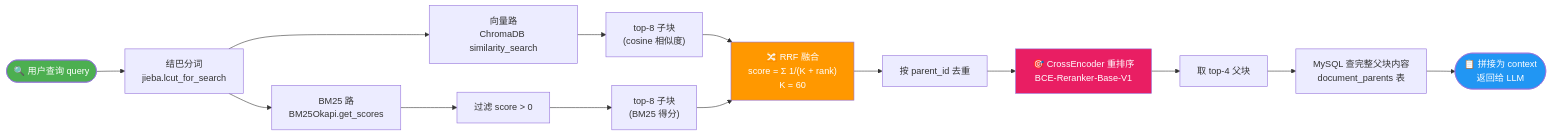
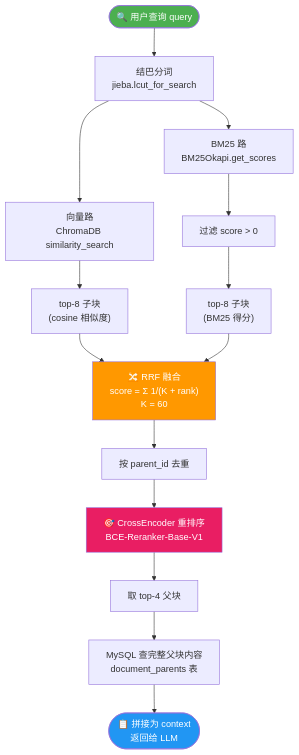
One commit to 2059217759-arch/rag_langchain_project changed the third of 3 diagrams in README.md. Above: the diagram before and after it, drawn with Mermaid.

Commit message:
md图改了一下

````diff
--- a/README.md
+++ b/README.md
@@ -377,25 +377,25 @@
 ```mermaid
-flowchart LR
+flowchart TD
     Query(["🔍 用户查询 query"]) --> Tokenize["结巴分词<br/>jieba.lcut_for_search"]
 
     Tokenize --> VecPath["向量路<br/>ChromaDB similarity_search"]
     Tokenize --> BM25Path["BM25 路<br/>BM25Okapi.get_scores"]
 
     VecPath --> VecTop["top-8 子块<br/>(cosine 相似度)"]
     BM25Path --> BM25Filter["过滤 score > 0"]
     BM25Filter --> BM25Top["top-8 子块<br/>(BM25 得分)"]
 
     VecTop --> RRF["🔀 RRF 融合<br/>score = Σ 1/(K + rank)<br/>K = 60"]
     BM25Top --> RRF
 
     RRF --> Dedup["按 parent_id 去重"]
     Dedup --> Rerank["🎯 CrossEncoder 重排序<br/>BCE-Reranker-Base-V1"]
     Rerank --> TopK["取 top-4 父块"]
     TopK --> MySQL["MySQL 查完整父块内容<br/>document_parents 表"]
     MySQL --> Context(["📋 拼接为 context<br/>返回给 LLM"])
 
     style Query fill:#4CAF50,color:#fff
     style RRF fill:#FF9800,color:#fff
     style Rerank fill:#E91E63,color:#fff
     style Context fill:#2196F3,color:#fff
 ```
````
